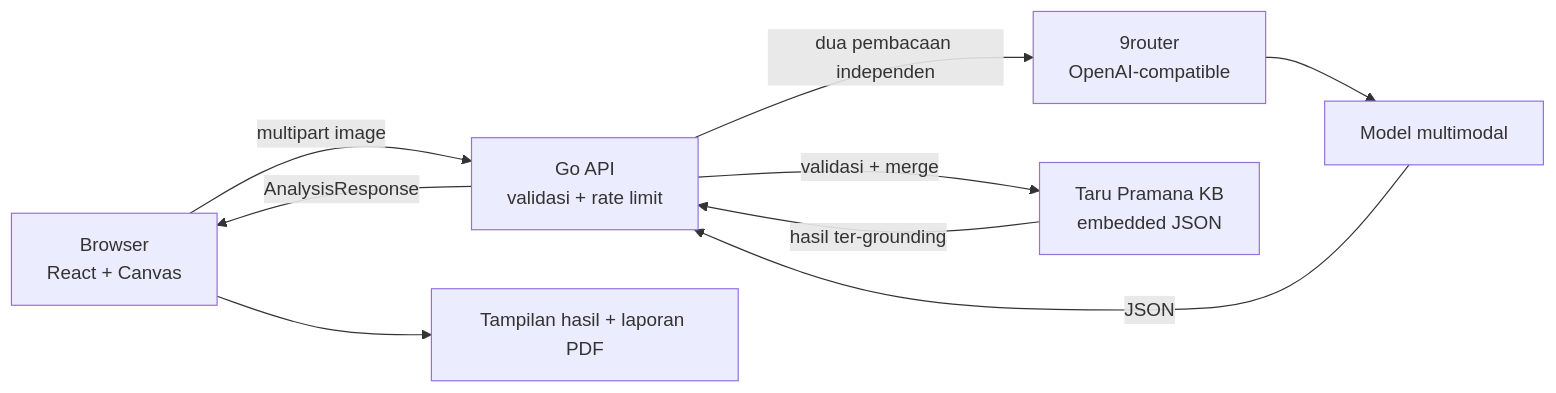
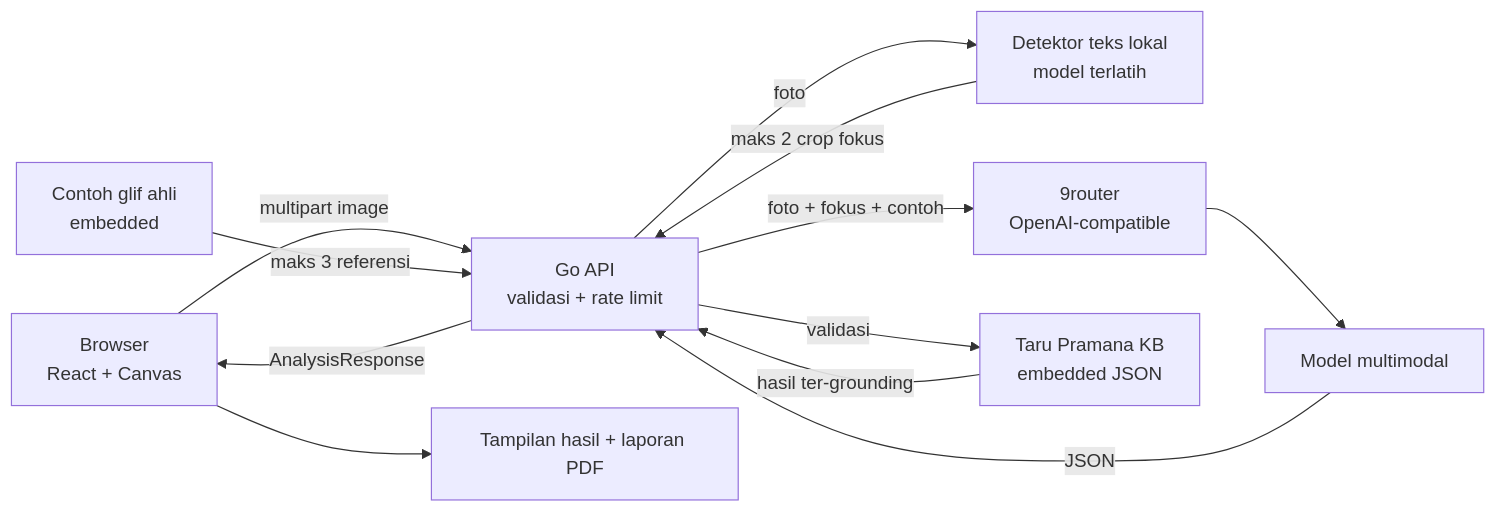
Before and after one commit to 0xMinomus/bukalontar: the diagram in README.md, drawn with Mermaid. The commit also changed other lines of this file and 127 other files, not shown here.

````diff
--- a/README.md
+++ b/README.md
@@ -123,11 +124,14 @@
 ```mermaid
 flowchart LR
     U["Browser<br/>React + Canvas"] -->|multipart image| A["Go API<br/>validasi + rate limit"]
-    A -->|dua pembacaan independen| R["9router<br/>OpenAI-compatible"]
+    A -->|foto| O["Detektor teks lokal<br/>model terlatih"]
+    O -->|maks 2 crop fokus| A
+    E["Contoh glif ahli<br/>embedded"] -->|maks 3 referensi| A
+    A -->|foto + fokus + contoh| R["9router<br/>OpenAI-compatible"]
     R --> G["Model multimodal"]
     G -->|JSON| A
-    A -->|validasi + merge| K["Taru Pramana KB<br/>embedded JSON"]
+    A -->|validasi| K["Taru Pramana KB<br/>embedded JSON"]
     K -->|hasil ter-grounding| A
     A -->|AnalysisResponse| U
     U --> P["Tampilan hasil + laporan PDF"]
 ```
````
